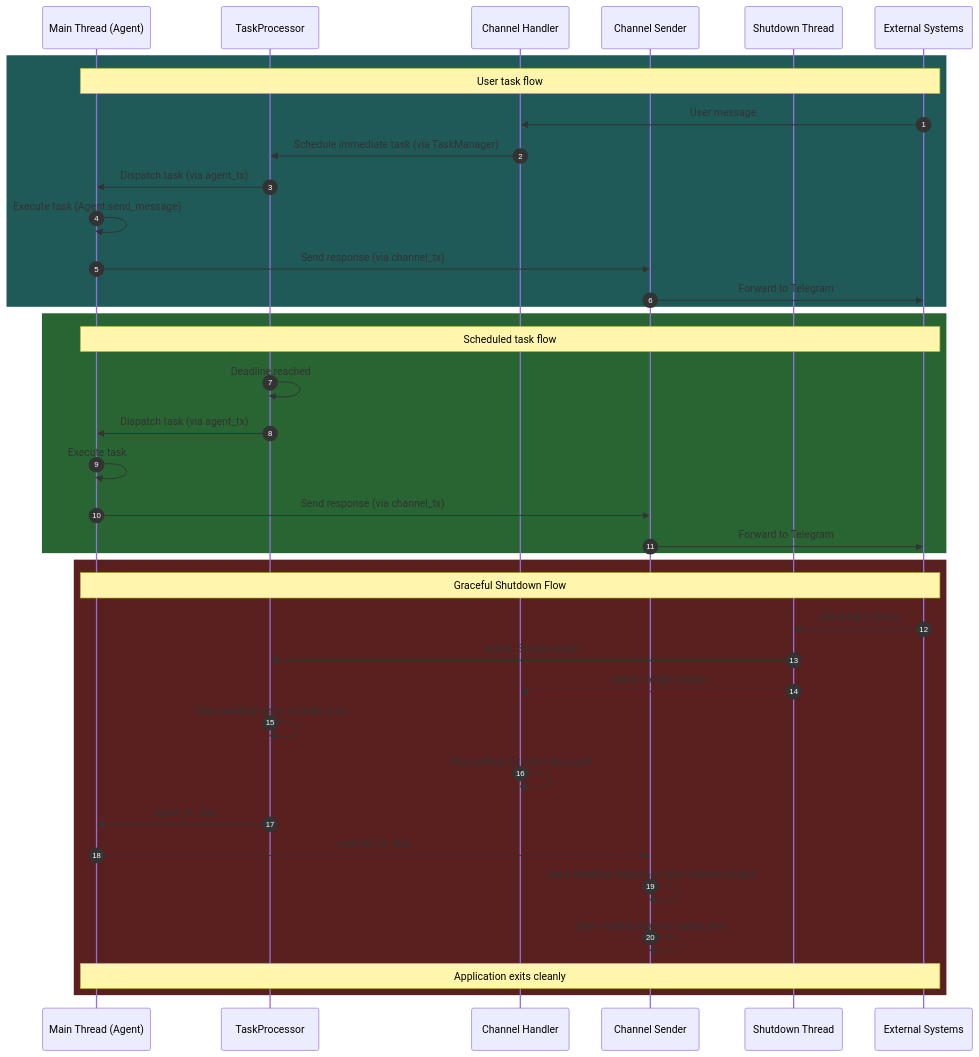
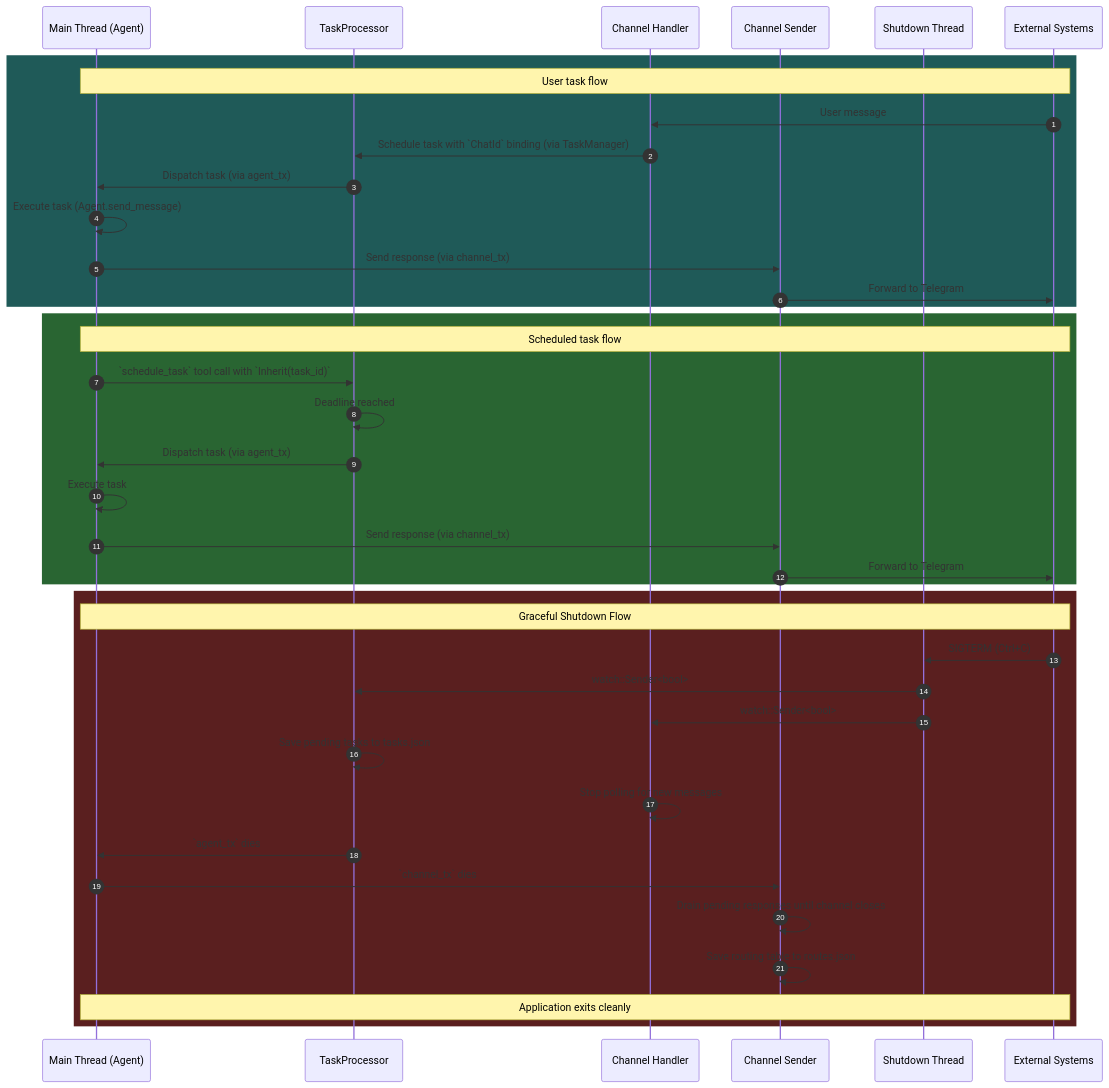
The diagram in STRUCTURE.md (zydtiger/yoclaw), drawn with Mermaid before and after one commit. The commit also changed other lines of this file, not shown here.

Commit message:
Add task_router to structure doc

````diff
--- a/STRUCTURE.md
+++ b/STRUCTURE.md
@@ -198,43 +209,44 @@
 ```mermaid
 sequenceDiagram
     autonumber
     participant P1 as Main Thread (Agent)
     participant P2 as TaskProcessor
     participant P3 as Channel Handler
     participant P4 as Channel Sender
     participant P5 as Shutdown Thread
     participant External as External Systems
 
     rect rgb(31, 90, 88)
         Note over P1, External: User task flow
         External->>P3: User message
-        P3->>P2: Schedule immediate task (via TaskManager)
+        P3->>P2: Schedule task with `ChatId` binding (via TaskManager)
         P2->>P1: Dispatch task (via agent_tx)
         P1->>P1: Execute task (Agent.send_message)
         P1->>P4: Send response (via channel_tx)
         P4->>External: Forward to Telegram
     end
 
     rect rgb(41, 101, 50)
         Note over P1, External: Scheduled task flow
+        P1->>P2: `schedule_task` tool call with `Inherit(task_id)`
         P2->>P2: Deadline reached
         P2->>P1: Dispatch task (via agent_tx)
         P1->>P1: Execute task
         P1->>P4: Send response (via channel_tx)
         P4->>External: Forward to Telegram
     end
 
     rect rgb(90, 31, 31)
         Note over P1, External: Graceful Shutdown Flow
         External->>P5: SIGTERM (Ctrl+C)
         P5->>P2: watch::Sender<bool>
         P5->>P3: watch::Sender<bool>
         P2->>P2: Save pending tasks to tasks.json
         P3->>P3: Stop polling for new messages
         P2->>P1: `agent_tx` dies
         P1->>P4: `channel_tx` dies
         P4->>P4: Drain pending responses until channel closes
         P4->>P4: Save routing table to routes.json
         Note over P1, External: Application exits cleanly
     end
 ```
````
